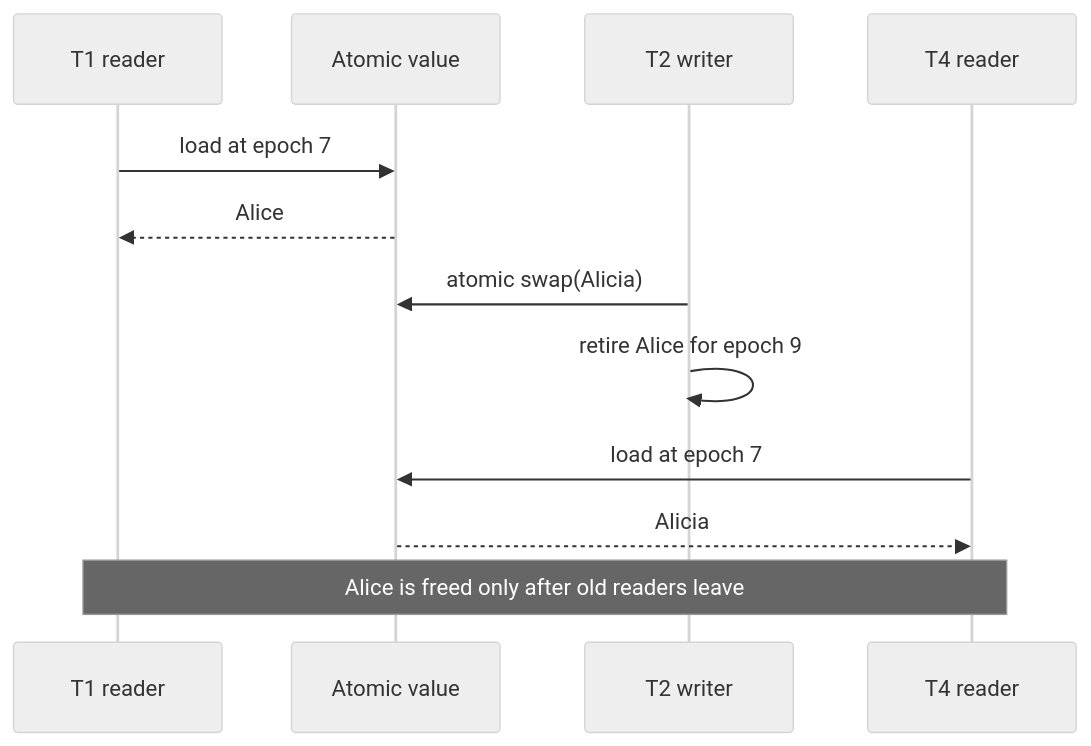
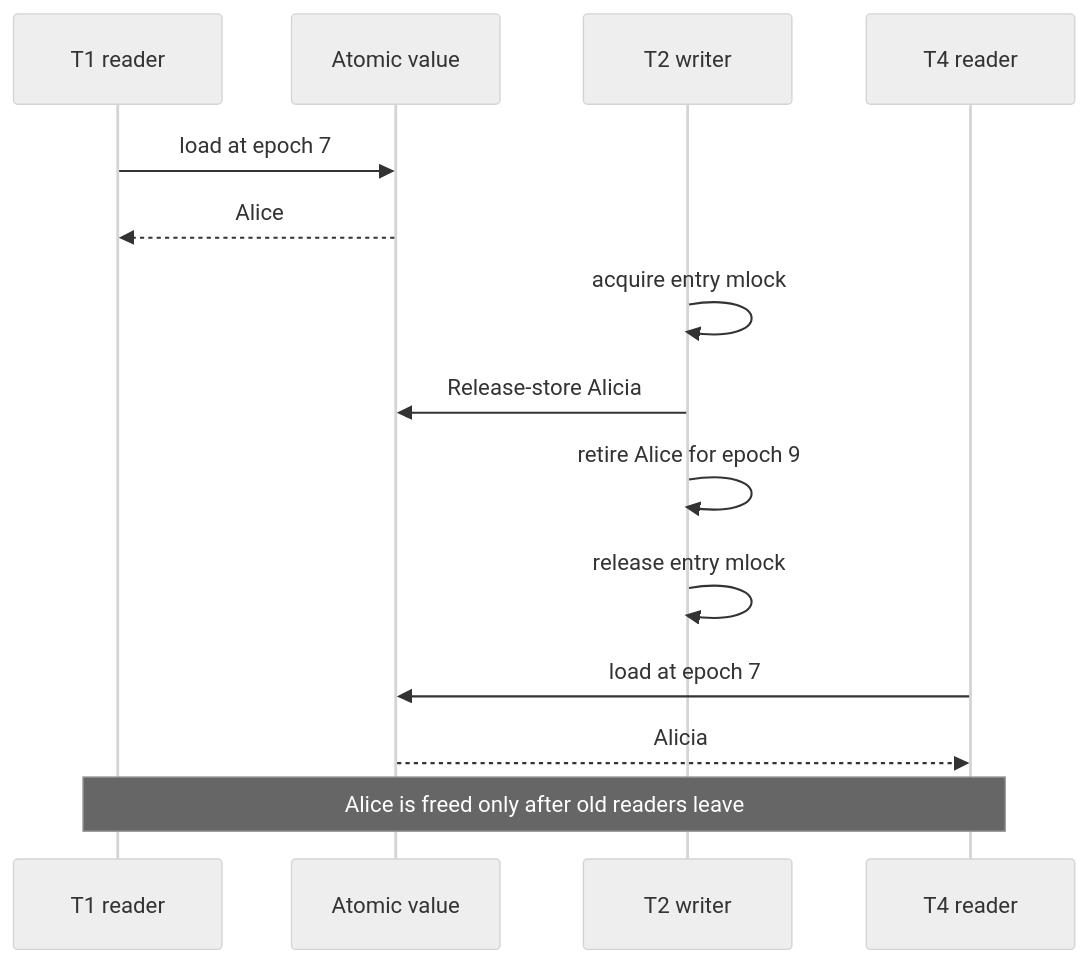
Before and after one commit to Rana718/portfolio: the ninth of 16 diagrams in src/content/blogs/custom-concurrent-hashmap-rust.mdx, drawn with Mermaid (neutral theme). The commit also changed other lines of this file, not shown here.

````diff
--- a/src/content/blogs/custom-concurrent-hashmap-rust.mdx
+++ b/src/content/blogs/custom-concurrent-hashmap-rust.mdx
@@ -341,14 +369,16 @@
 ```mermaid
 sequenceDiagram
     participant T1 as T1 reader
     participant V as Atomic value
     participant T2 as T2 writer
     participant T4 as T4 reader
     T1->>V: load at epoch 7
     V-->>T1: Alice
-    T2->>V: atomic swap(Alicia)
+    T2->>T2: acquire entry mlock
+    T2->>V: Release-store Alicia
     T2->>T2: retire Alice for epoch 9
+    T2->>T2: release entry mlock
     T4->>V: load at epoch 7
     V-->>T4: Alicia
     Note over T1,T4: Alice is freed only after old readers leave
 ```
````
